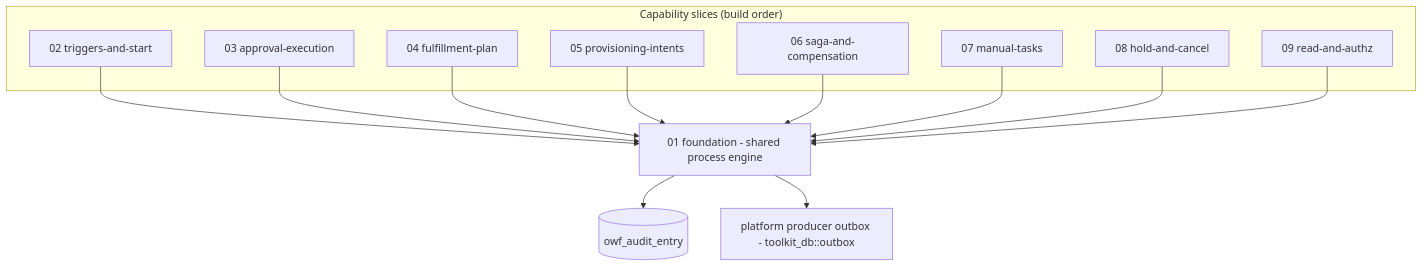
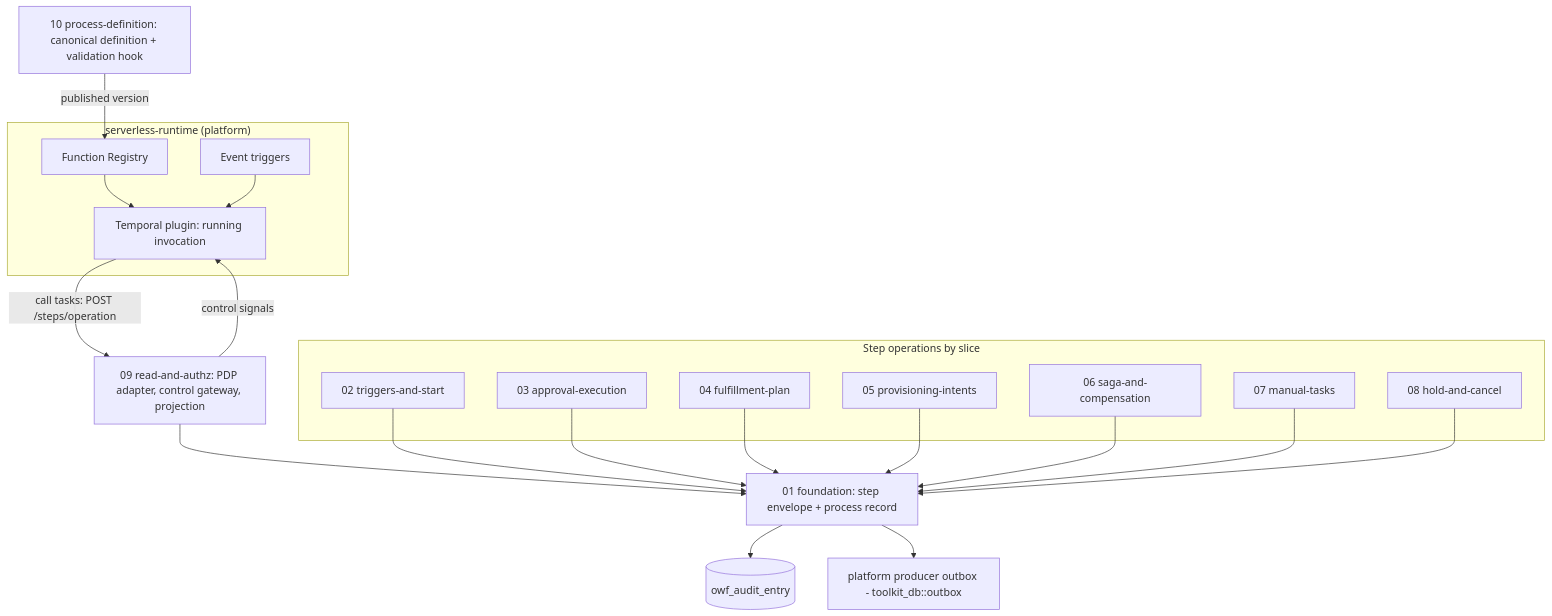
Before and after one commit to constructorfabric/gears-rust: the second of 7 diagrams in gears/bss/orders-workflow/docs/DESIGN.md, drawn with Mermaid. The commit also changed other lines of this file and 3 other files, not shown here.

Commit message:
docs(bss/orders-workflow): index, registers and README follow the platform-definition decision (Q-01 answered, D-65…, serverless-runtime asks)

````diff
--- a/gears/bss/orders-workflow/docs/DESIGN.md
+++ b/gears/bss/orders-workflow/docs/DESIGN.md
@@ -436,27 +509,38 @@
 ```mermaid
 graph TB
-    subgraph Slices["Capability slices (build order)"]
+    subgraph Platform["serverless-runtime (platform)"]
+        REG[Function Registry]
+        TRG[Event triggers]
+        ENG[Temporal plugin: running invocation]
+    end
+    DEF[10 process-definition: canonical definition + validation hook]
+    subgraph Slices["Step operations by slice"]
         S02[02 triggers-and-start]
         S03[03 approval-execution]
         S04[04 fulfillment-plan]
         S05[05 provisioning-intents]
         S06[06 saga-and-compensation]
         S07[07 manual-tasks]
         S08[08 hold-and-cancel]
-        S09[09 read-and-authz]
     end
-    ENGINE[01 foundation - shared process engine]
+    S09[09 read-and-authz: PDP adapter, control gateway, projection]
+    ENGINE[01 foundation: step envelope + process record]
     AUDIT[(owf_audit_entry)]
     OUTBOX[platform producer outbox - toolkit_db::outbox]
 
+    DEF -->|published version| REG
+    REG --> ENG
+    TRG --> ENG
+    ENG -->|call tasks: POST /steps/operation| S09
+    S09 -->|control signals| ENG
+    S09 --> ENGINE
     S02 --> ENGINE
     S03 --> ENGINE
     S04 --> ENGINE
     S05 --> ENGINE
     S06 --> ENGINE
     S07 --> ENGINE
     S08 --> ENGINE
-    S09 --> ENGINE
     ENGINE --> AUDIT
     ENGINE --> OUTBOX
 ```
````
